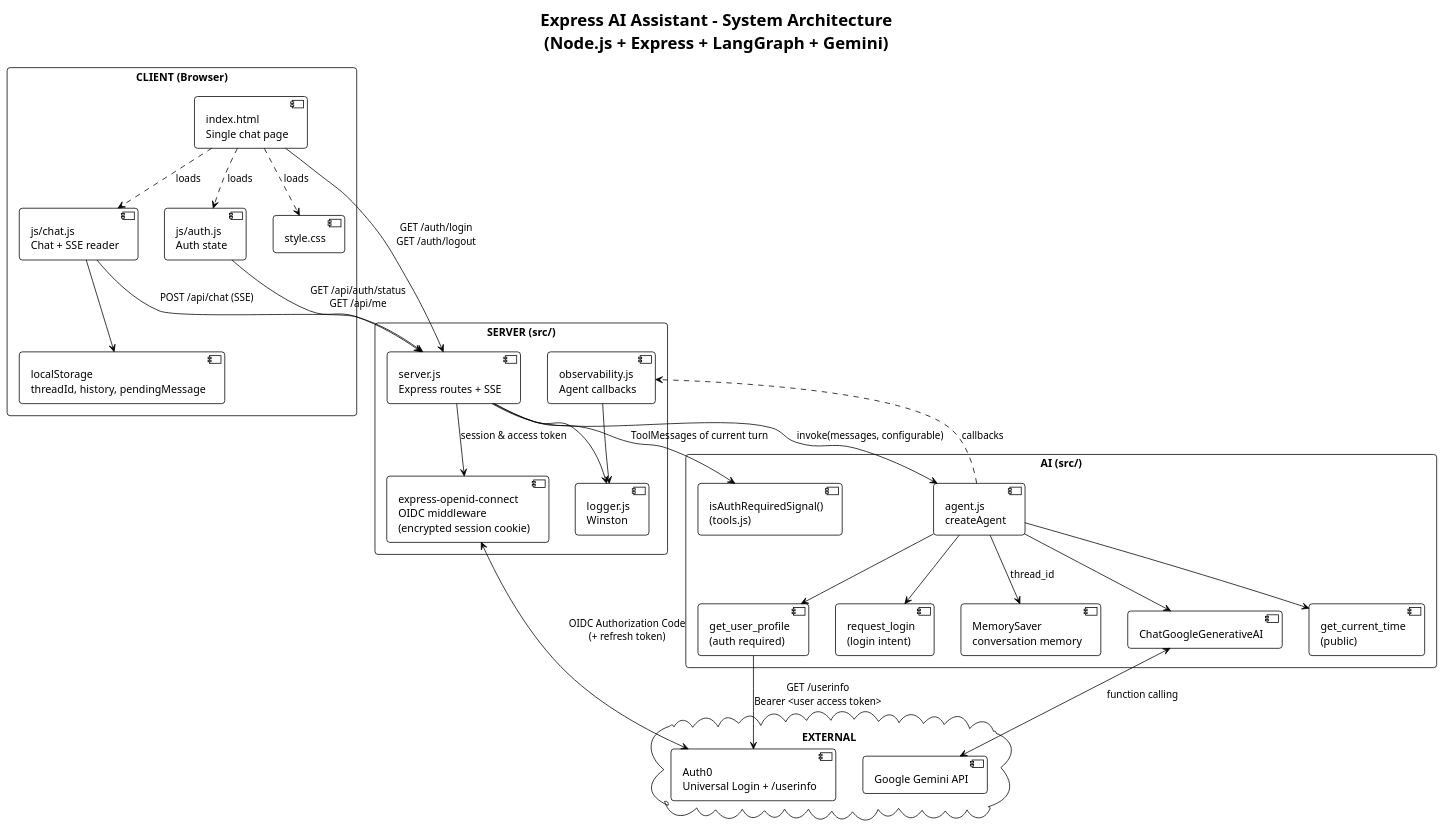
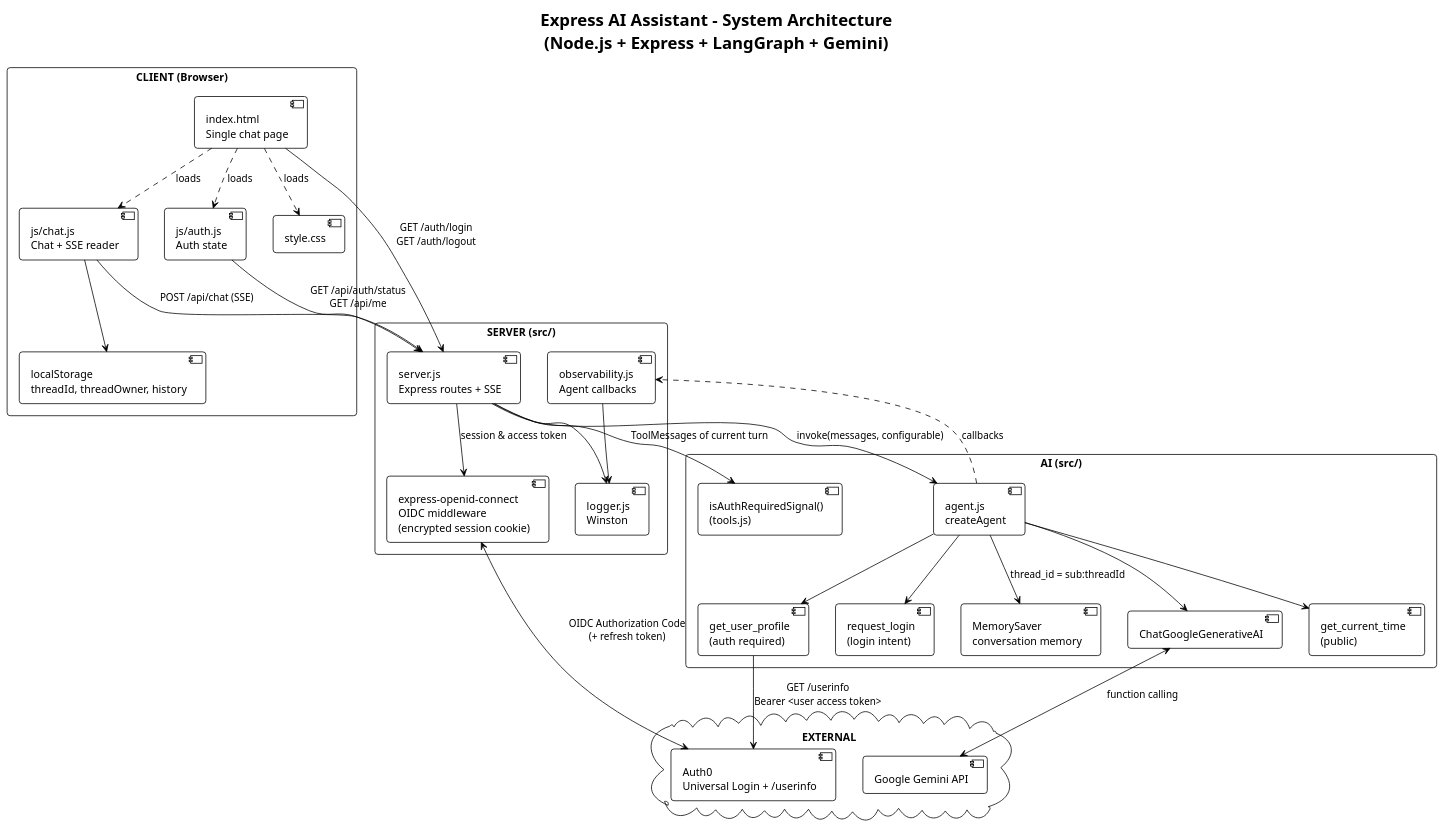
One commit to malotian/node-ai-assitant changed the diagram in docs/ARCHITECTURE.puml. Above: the diagram before and after it, drawn with PlantUML. The commit also changed 13 other files, not shown here.

```diff
--- a/docs/ARCHITECTURE.puml
+++ b/docs/ARCHITECTURE.puml
@@ -1,66 +1,66 @@
 @startuml Express_AI_Assistant_Architecture
 !theme plain
 skinparam componentStyle uml2
 skinparam packageStyle rectangle
 skinparam shadowing false
 skinparam roundcorner 8
 skinparam defaultFontName Arial
 
 title Express AI Assistant - System Architecture\n(Node.js + Express + LangGraph + Gemini)
 
 package "CLIENT (Browser)" {
     [index.html\nSingle chat page] as HTML
     [js/auth.js\nAuth state] as AuthUI
     [js/chat.js\nChat + SSE reader] as ChatUI
     [style.css] as Style
-    [localStorage\nthreadId, history, pendingMessage] as LocalStore
+    [localStorage\nthreadId, threadOwner, history] as LocalStore
 }
 
 package "SERVER (src/)" {
     [server.js\nExpress routes + SSE] as Server
     [express-openid-connect\nOIDC middleware\n(encrypted session cookie)] as OIDC
     [logger.js\nWinston] as Logger
     [observability.js\nAgent callbacks] as Obs
 }
 
 package "AI (src/)" {
     [agent.js\ncreateAgent] as Agent
     [MemorySaver\nconversation memory] as Memory
     [ChatGoogleGenerativeAI] as LLMClient
     [get_current_time\n(public)] as ToolTime
     [get_user_profile\n(auth required)] as ToolProfile
     [request_login\n(login intent)] as ToolLogin
     [isAuthRequiredSignal()\n(tools.js)] as SignalDetector
 }
 
 cloud "EXTERNAL" {
     [Auth0\nUniversal Login + /userinfo] as Auth0
     [Google Gemini API] as GeminiAPI
 }
 
 HTML ..> AuthUI : loads
 HTML ..> ChatUI : loads
 HTML ..> Style : loads
 ChatUI --> LocalStore
 
 ChatUI --> Server : POST /api/chat (SSE)
 AuthUI --> Server : GET /api/auth/status\nGET /api/me
 HTML --> Server : GET /auth/login\nGET /auth/logout
 
 Server --> OIDC : session & access token
 OIDC <--> Auth0 : OIDC Authorization Code\n(+ refresh token)
 Server --> Logger
 Obs --> Logger
 
 Server --> Agent : invoke(messages, configurable)
 Agent ..> Obs : callbacks
-Agent --> Memory : thread_id
+Agent --> Memory : thread_id = sub:threadId
 Agent --> LLMClient
 LLMClient <--> GeminiAPI : function calling
 Agent --> ToolTime
 Agent --> ToolProfile
 Agent --> ToolLogin
 ToolProfile --> Auth0 : GET /userinfo\nBearer <user access token>
 Server --> SignalDetector : ToolMessages of current turn
 
 @enduml
```
